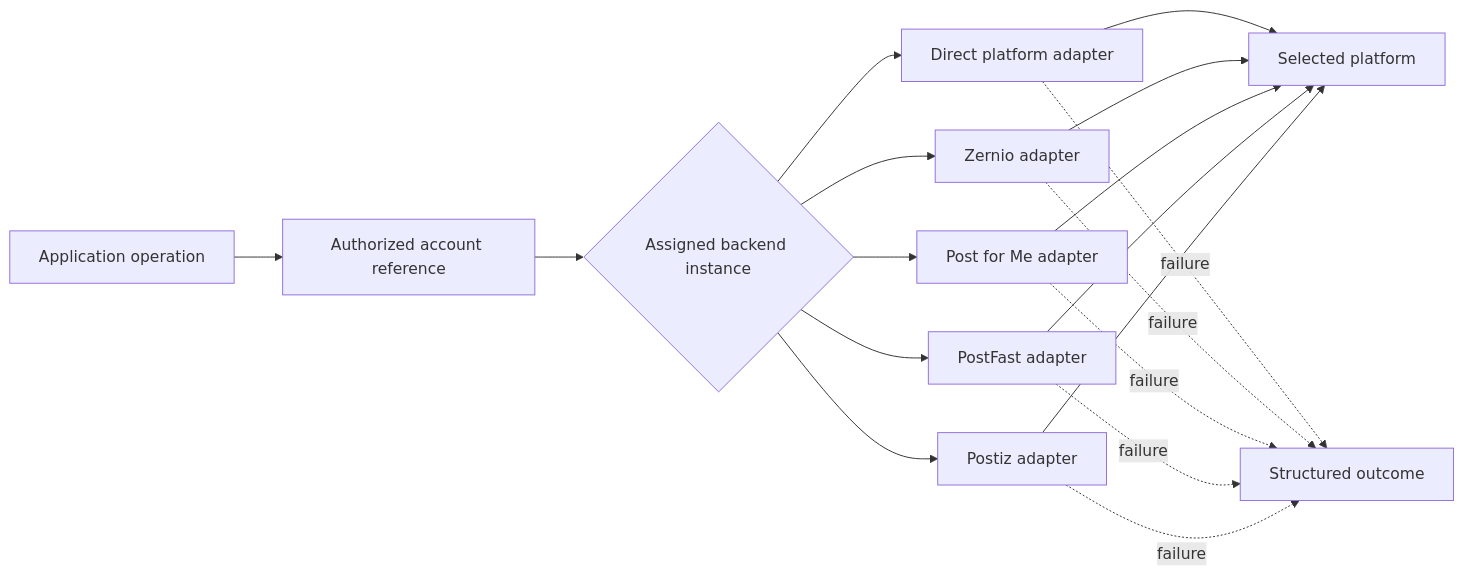
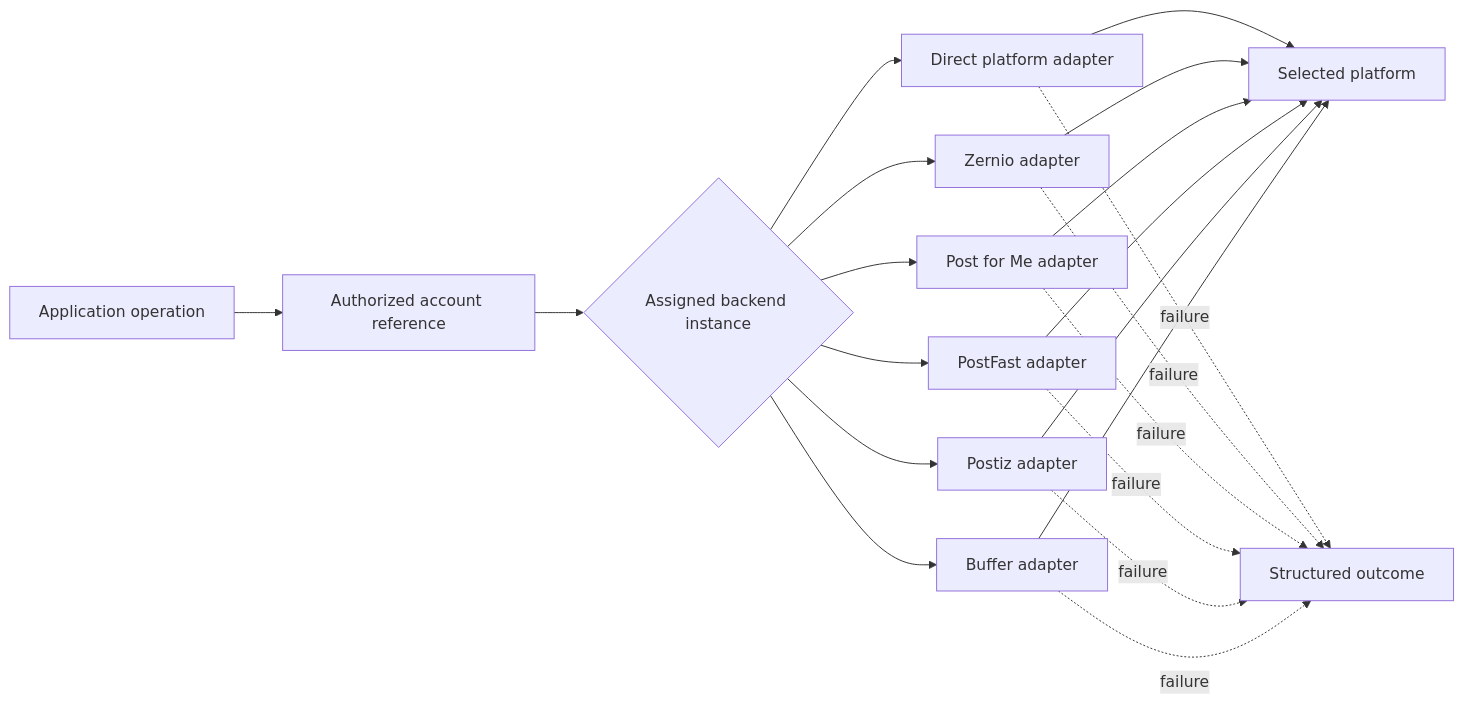
One commit to opencoredev/social-sdk changed the first of 4 diagrams in apps/docs/docs/concepts/architecture.mdx. Above: the diagram before and after it, drawn with Mermaid. The commit also changed 25 other files, not shown here.

First line of the commit message:
feat(sdk): add Buffer as a GraphQL managed backend

````diff
--- a/apps/docs/docs/concepts/architecture.mdx
+++ b/apps/docs/docs/concepts/architecture.mdx
@@ -12,20 +12,23 @@
 ```mermaid
 flowchart LR
   Request[Application operation] --> Account[Authorized account reference]
   Account --> Route{Assigned backend instance}
   Route --> Direct[Direct platform adapter]
   Route --> Zernio[Zernio adapter]
   Route --> PostForMe[Post for Me adapter]
   Route --> PostFast[PostFast adapter]
   Route --> Postiz[Postiz adapter]
+  Route --> Buffer[Buffer adapter]
   Direct --> Platform[Selected platform]
   Zernio --> Platform
   PostForMe --> Platform
   PostFast --> Platform
   Postiz --> Platform
+  Buffer --> Platform
   Direct -. failure .-> Error[Structured outcome]
   Zernio -. failure .-> Error
   PostForMe -. failure .-> Error
   PostFast -. failure .-> Error
   Postiz -. failure .-> Error
+  Buffer -. failure .-> Error
 ```
````
